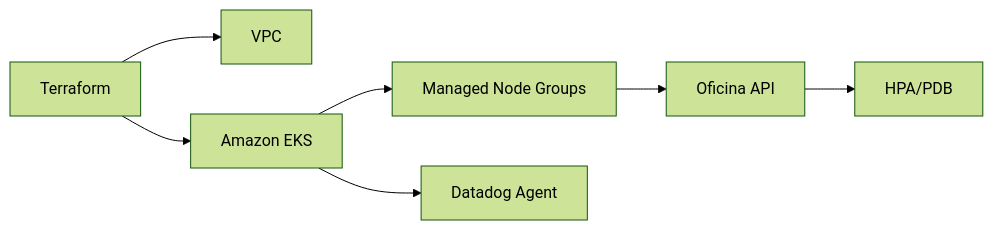
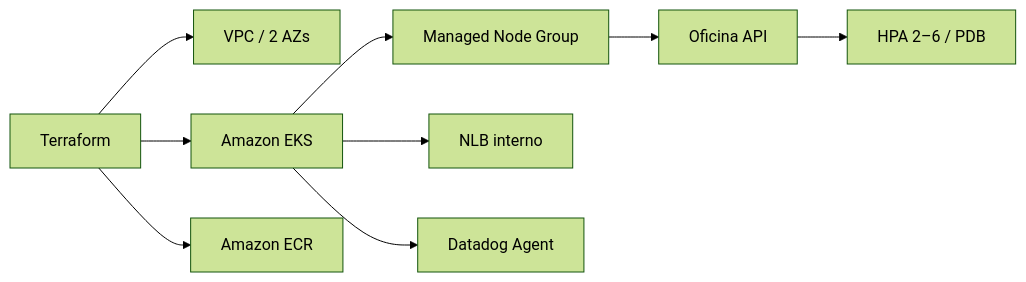
Before and after one commit to maypinheiro/oficina-k8s-infra: the diagram in README.md, drawn with Mermaid (forest theme). The commit also changed other lines of this file, not shown here.

````diff
--- a/README.md
+++ b/README.md
@@ -47,9 +7,11 @@
 ```mermaid
 flowchart LR
-  Terraform["Terraform"] --> VPC["VPC"]
-  Terraform --> EKS["Amazon EKS"]
-  EKS --> Nodes["Managed Node Groups"]
+  TF["Terraform"] --> VPC["VPC / 2 AZs"]
+  TF --> EKS["Amazon EKS"]
+  TF --> ECR["Amazon ECR"]
+  EKS --> Nodes["Managed Node Group"]
   Nodes --> API["Oficina API"]
-  API --> HPA["HPA/PDB"]
-  EKS --> Datadog["Datadog Agent"]
+  API --> HPA["HPA 2–6 / PDB"]
+  EKS --> NLB["NLB interno"]
+  EKS --> DD["Datadog Agent"]
 ```
````
